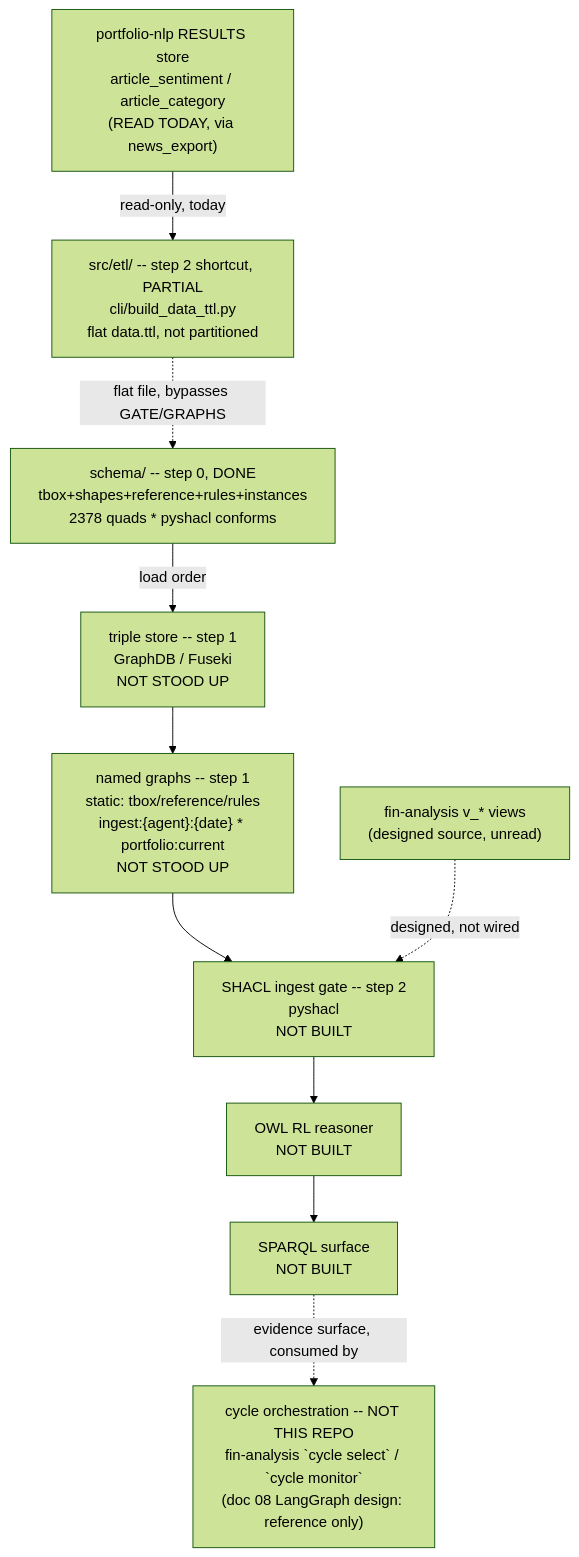
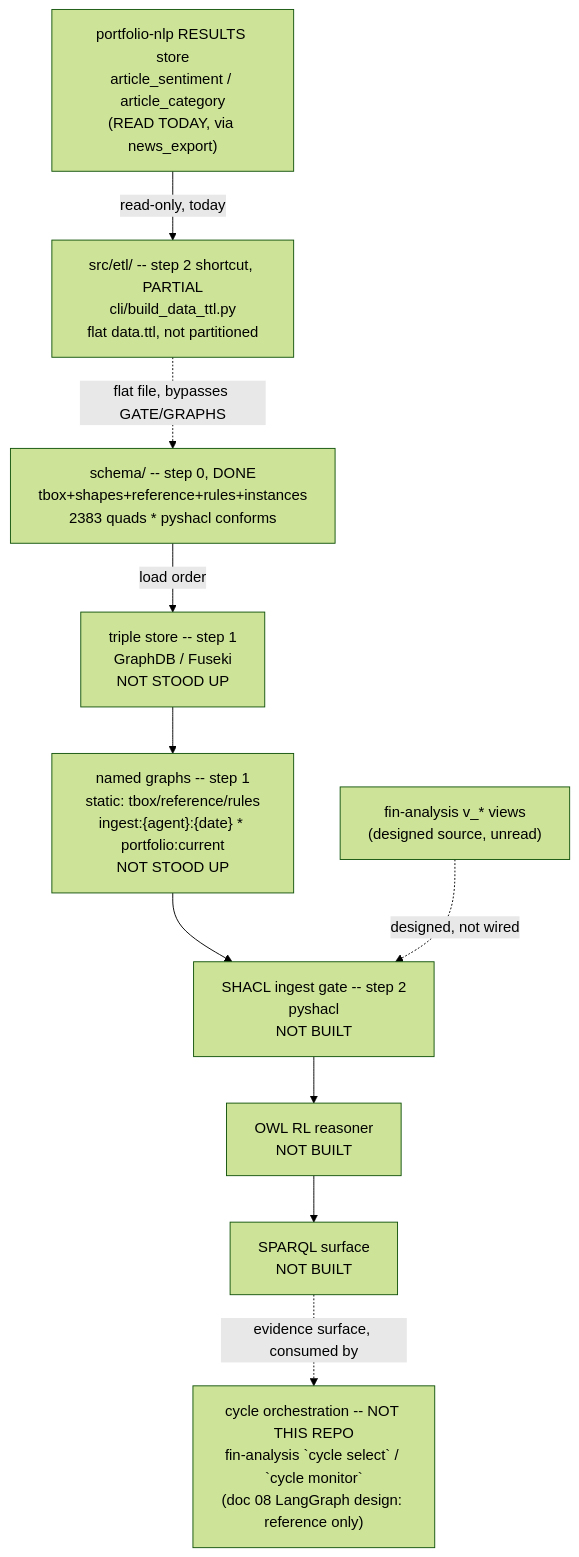
One commit to gamug/portfolio-knowledge-graph changed the diagram in .specify/memory/SPEC.md. Above: the diagram before and after it, drawn with Mermaid (forest theme). The commit also changed other lines of this file and 6 other files, not shown here.

````diff
--- a/.specify/memory/SPEC.md
+++ b/.specify/memory/SPEC.md
@@ -331,20 +331,20 @@
 ```mermaid
 flowchart TB
-    SCHEMA["schema/ -- step 0, DONE<br/>tbox+shapes+reference+rules+instances<br/>2378 quads * pyshacl conforms"]
+    SCHEMA["schema/ -- step 0, DONE<br/>tbox+shapes+reference+rules+instances<br/>2383 quads * pyshacl conforms"]
     STORE["triple store -- step 1<br/>GraphDB / Fuseki<br/>NOT STOOD UP"]
     GRAPHS["named graphs -- step 1<br/>static: tbox/reference/rules<br/>ingest:{agent}:{date} * portfolio:current<br/>NOT STOOD UP"]
     GATE["SHACL ingest gate -- step 2<br/>pyshacl<br/>NOT BUILT"]
     FIN["fin-analysis v_* views<br/>(designed source, unread)"]
     NLPRES["portfolio-nlp RESULTS store<br/>article_sentiment / article_category<br/>(READ TODAY, via news_export)"]
     ETL["src/etl/ -- step 2 shortcut, PARTIAL<br/>cli/build_data_ttl.py<br/>flat data.ttl, not partitioned"]
     REASON["OWL RL reasoner<br/>NOT BUILT"]
     SPARQL["SPARQL surface<br/>NOT BUILT"]
     AGENTS["cycle orchestration -- NOT THIS REPO<br/>fin-analysis `cycle select` / `cycle monitor`<br/>(doc 08 LangGraph design: reference only)"]
 
     SCHEMA -->|load order| STORE --> GRAPHS --> GATE
     FIN -.->|designed, not wired| GATE
     NLPRES -->|read-only, today| ETL
     ETL -.->|flat file, bypasses GATE/GRAPHS| SCHEMA
     GATE --> REASON --> SPARQL
     SPARQL -.->|evidence surface, consumed by| AGENTS
 ```
````
